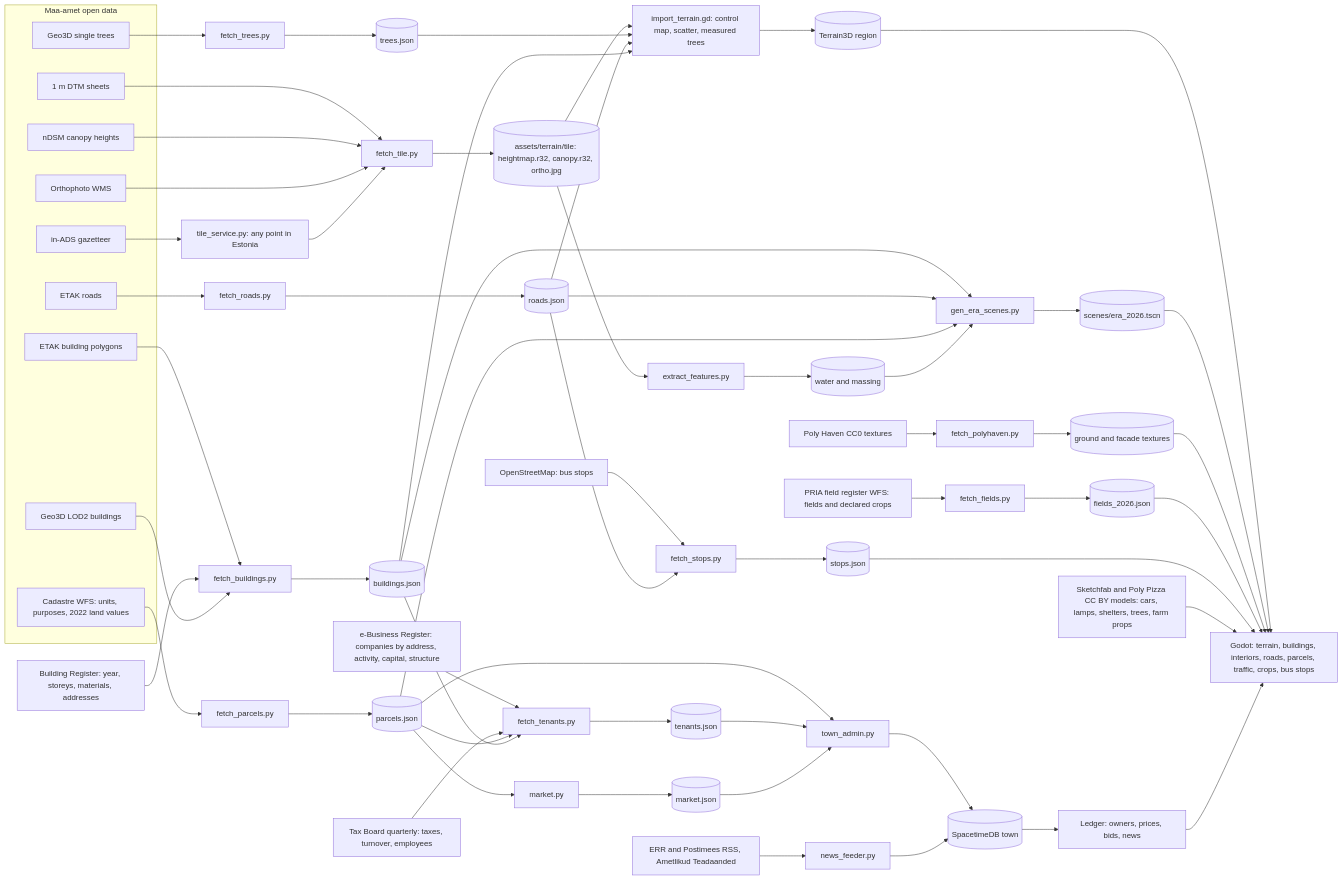
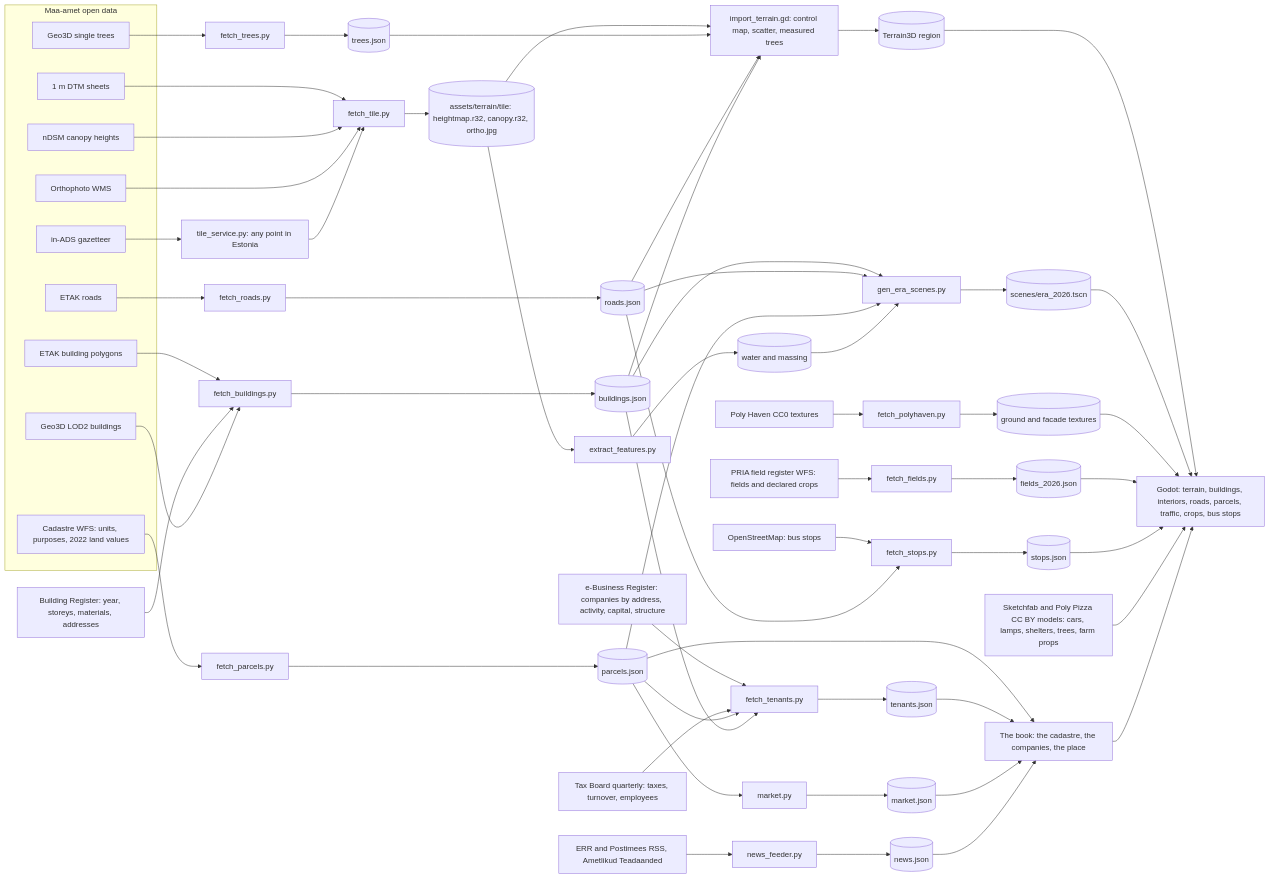
The diagram in README.md (livenson/vakuraamat), drawn with Mermaid before and after one commit. The commit also changed other lines of this file and 12 other files, not shown here.

````diff
--- a/README.md
+++ b/README.md
@@ -65,43 +63,42 @@
 ```mermaid
 flowchart LR
   subgraph maaamet [Maa-amet open data]
     DTM[1 m DTM sheets]
     NDSM[nDSM canopy heights]
     ORTHO[Orthophoto WMS]
     TREES[Geo3D single trees]
     LOD2[Geo3D LOD2 buildings]
     KAT[Cadastre WFS: units, purposes, 2022 land values]
     ETAKB[ETAK building polygons]
     ETAKR[ETAK roads]
     ADS[in-ADS gazetteer]
   end
   EHR[Building Register: year, storeys, materials, addresses]
   ARI[e-Business Register: companies by address, activity, capital, structure]
   EMTA[Tax Board quarterly: taxes, turnover, employees]
   PRIA[PRIA field register WFS: fields and declared crops]
   OSM[OpenStreetMap: bus stops]
   RSS[ERR and Postimees RSS, Ametlikud Teadaanded]
   PH[Poly Haven CC0 textures]
   SKF[Sketchfab and Poly Pizza CC BY models: cars, lamps, shelters, trees, farm props]
 
   DTM & NDSM & ORTHO --> FT[fetch_tile.py] --> TILE[(assets/terrain/tile: heightmap.r32, canopy.r32, ortho.jpg)]
   TREES --> FTR[fetch_trees.py] --> TJ[(trees.json)]
   ETAKB & EHR & LOD2 --> FB[fetch_buildings.py] --> BJ[(buildings.json)]
   ETAKR --> FR[fetch_roads.py] --> RJ[(roads.json)]
   KAT --> FP[fetch_parcels.py] --> PJ[(parcels.json)] --> MK[market.py] --> MJ[(market.json)]
   ARI & EMTA --> FTE[fetch_tenants.py] --> TEJ[(tenants.json)]
   PRIA --> FF[fetch_fields.py] --> FJ[(fields_2026.json)]
   OSM & RJ --> FS[fetch_stops.py] --> SJ[(stops.json)]
   PJ & BJ --> FTE
   TILE --> EF[extract_features.py] --> WJ[(water and massing)]
   PH --> PHF[fetch_polyhaven.py] --> TEX[(ground and facade textures)]
   ADS --> TS[tile_service.py: any point in Estonia] --> FT
 
   TILE & TJ & RJ & BJ --> IMP[import_terrain.gd: control map, scatter, measured trees] --> REG[(Terrain3D region)]
   BJ & RJ & PJ & WJ --> GEN[gen_era_scenes.py] --> SCN[(scenes/era_2026.tscn)]
-  PJ & TEJ & MJ --> TA[town_admin.py] --> DB[(SpacetimeDB town)]
-  RSS --> NF[news_feeder.py] --> DB
+  RSS --> NF[news_feeder.py] --> NJ[(news.json)]
 
   REG & SCN & TEX & FJ & SJ & SKF --> GAME[Godot: terrain, buildings, interiors, roads, parcels, traffic, crops, bus stops]
-  DB --> LEDGER[Ledger: owners, prices, bids, news] --> GAME
+  PJ & TEJ & MJ & NJ --> BOOK[The book: the cadastre, the companies, the place] --> GAME
 ```
````
